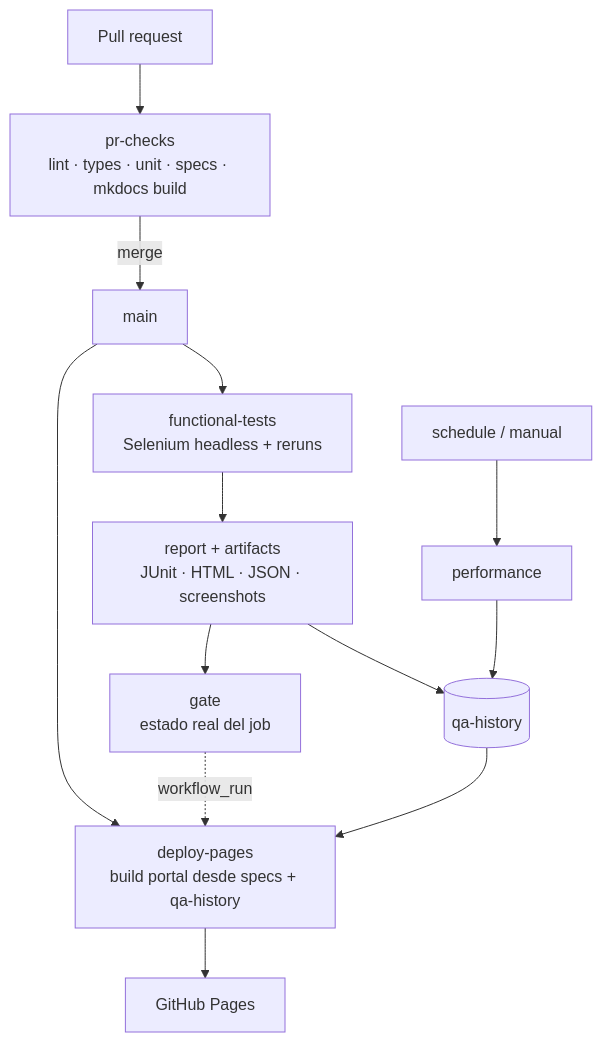
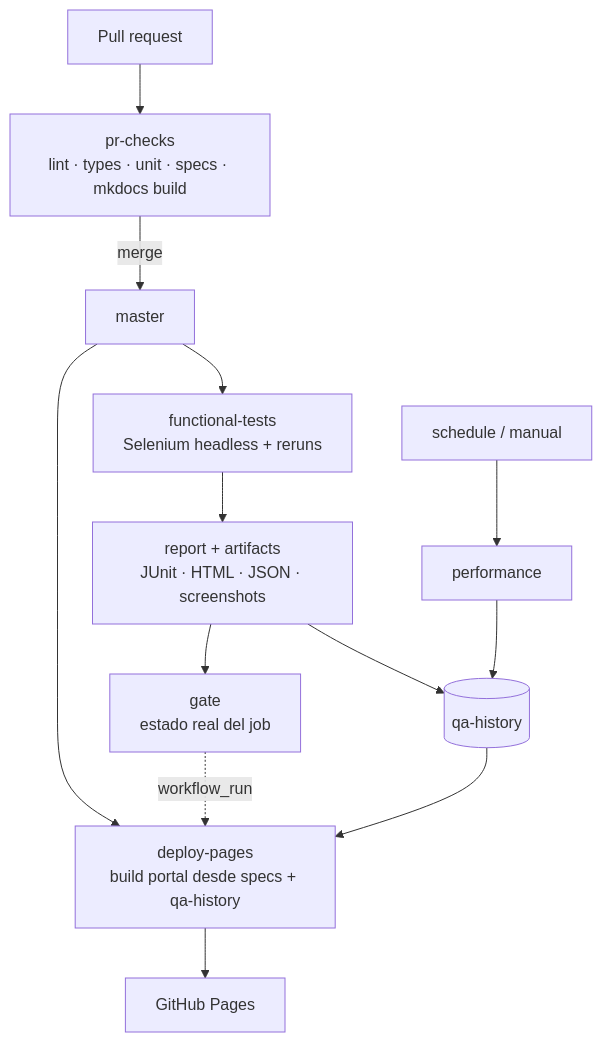
The fourth of 5 diagrams in specs/SDD.md (yoelalmiron1997/farmatodo-qa-test-engineering), drawn with Mermaid before and after one commit. The commit also changed other lines of this file and 10 other files, not shown here.

````diff
--- a/specs/SDD.md
+++ b/specs/SDD.md
@@ -777,14 +778,14 @@
 ```mermaid
 flowchart TB
   PR[Pull request] --> A[pr-checks\nlint · types · unit · specs · mkdocs build]
-  A -->|merge| M[main]
+  A -->|merge| M[master]
   M --> B[functional-tests\nSelenium headless + reruns]
   B --> B1[report + artifacts\nJUnit · HTML · JSON · screenshots]
   B1 --> B2[gate\nestado real del job]
   B1 --> H[(qa-history)]
   S[schedule / manual] --> C[performance] --> H
   M --> D
   B2 -. workflow_run .-> D[deploy-pages\nbuild portal desde specs + qa-history]
   H --> D
   D --> GP[GitHub Pages]
 ```
````
